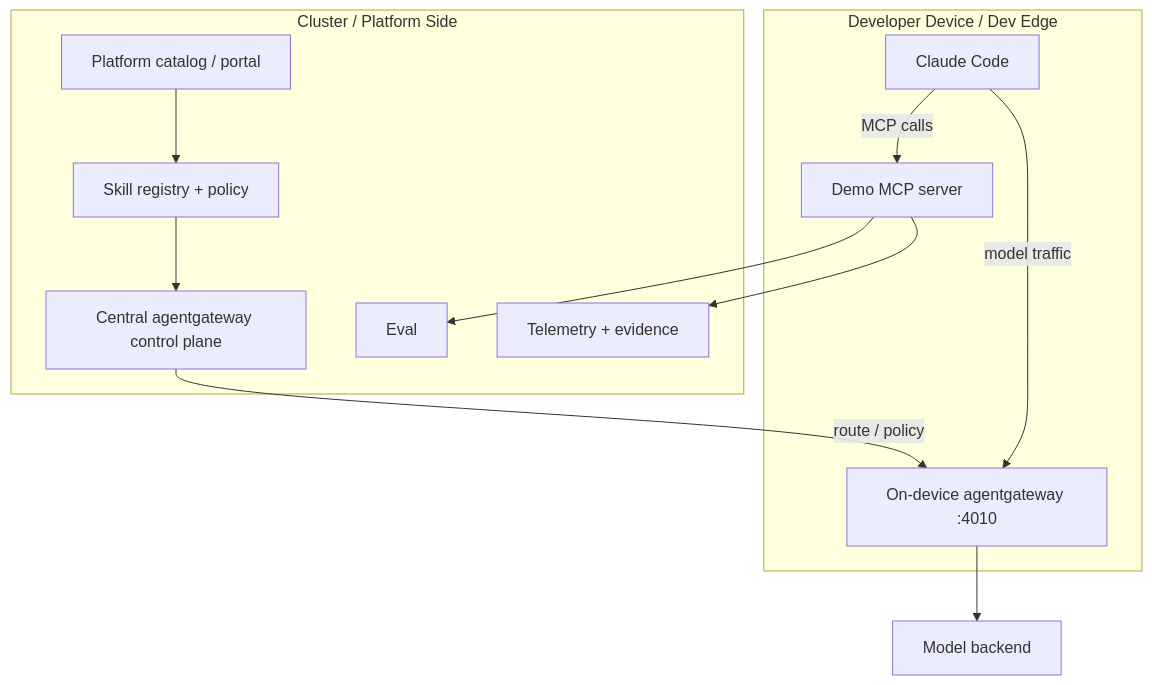
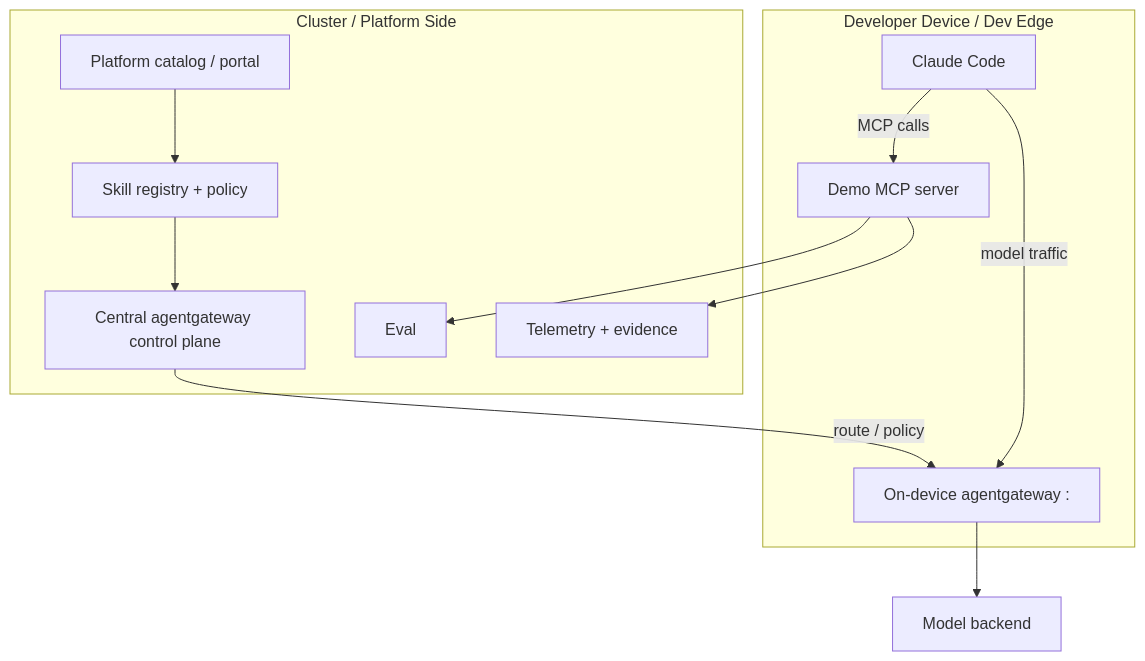
The first of 3 diagrams in docs/architecture.md (thiago4go/ai-native-platform-engineering), drawn with Mermaid before and after one commit. The commit also changed other lines of this file and 11 other files, not shown here.

````diff
--- a/docs/architecture.md
+++ b/docs/architecture.md
@@ -5,27 +5,27 @@
 ```mermaid
 flowchart TB
     subgraph cluster["Cluster / Platform Side"]
         catalog["Platform catalog / portal"]
         skills["Skill registry + policy"]
         control["Central agentgateway control plane"]
         evals["Eval"]
         telemetry["Telemetry + evidence"]
     end
 
     subgraph device["Developer Device / Dev Edge"]
         claude["Claude Code"]
         mcp["Demo MCP server"]
-        edge["On-device agentgateway :4010"]
+        edge["On-device agentgateway :<port>"]
     end
 
     backend["Model backend"]
 
     catalog --> skills
     skills --> control
     control -- "route / policy" --> edge
     claude -- "MCP calls" --> mcp
     claude -- "model traffic" --> edge
     edge --> backend
     mcp --> evals
     mcp --> telemetry
 ```
````
